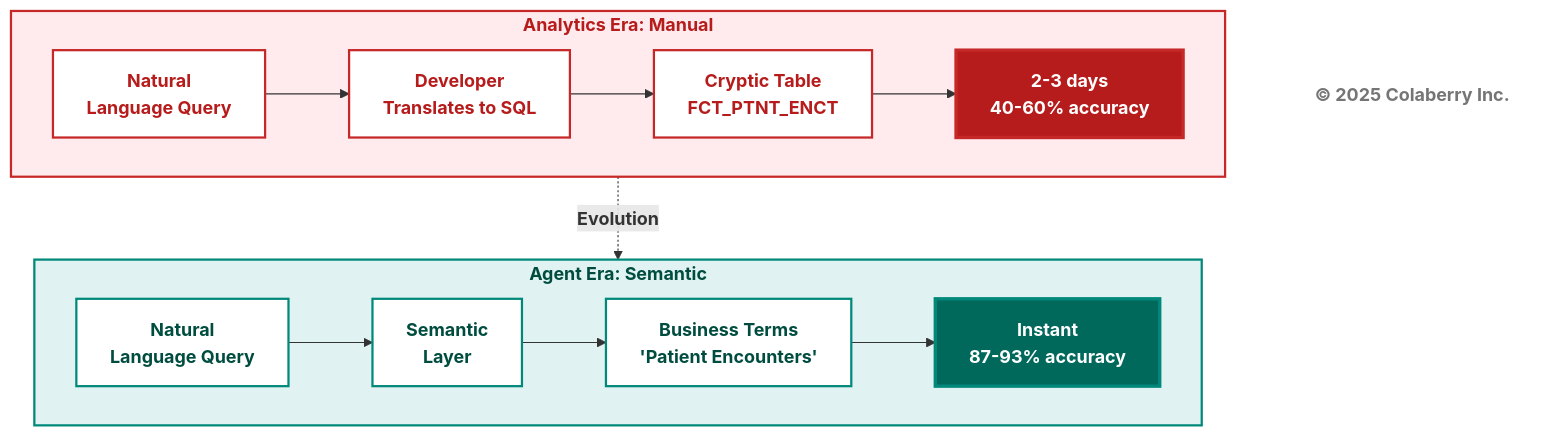
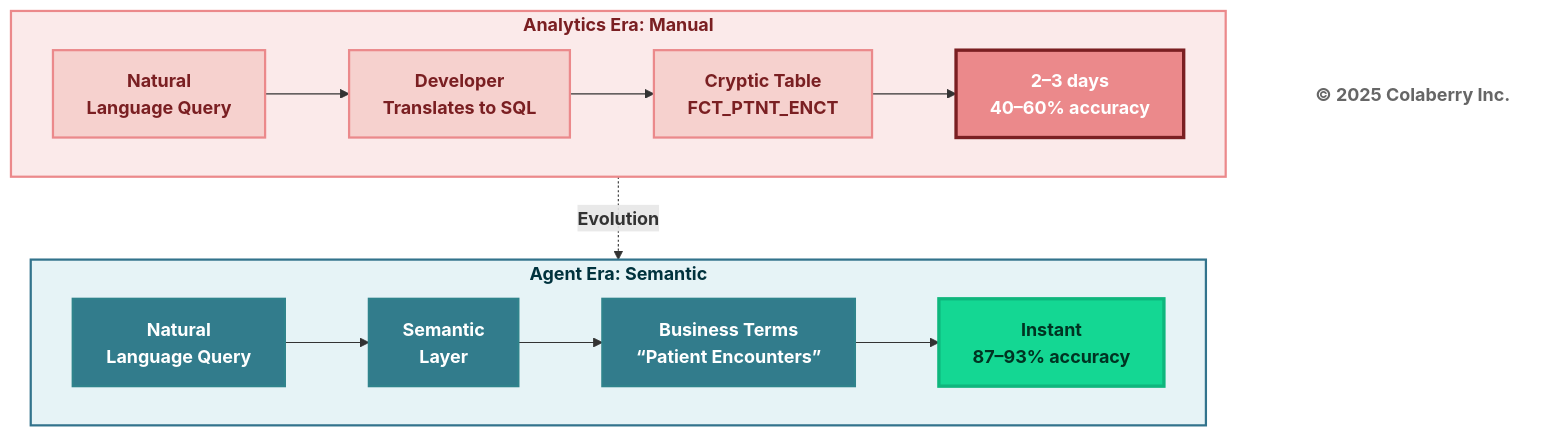
Before and after one commit to saitejesh-cyber/trust-before-intelligence-book: the eighth of 12 diagrams in manuscript/03_chapter_2_inpact_framework.md, drawn with Mermaid. The commit also changed other lines of this file, not shown here.

Commit message:
Update mermaid diagrams as per new coloberry color and contrast ratio for chapter 3

````diff
--- a/manuscript/03_chapter_2_inpact_framework.md
+++ b/manuscript/03_chapter_2_inpact_framework.md
@@ -559,35 +560,35 @@
 ```mermaid
 graph TB
     subgraph ERA1["<b>Analytics Era: Manual</b>"]
         direction LR
         A1["<b>Natural<br/>Language Query</b>"] --> B1["<b>Developer<br/>Translates to SQL</b>"]
         B1 --> C1["<b>Cryptic Table<br/>FCT_PTNT_ENCT</b>"]
-        C1 --> D1["<b>2-3 days<br/>40-60% accuracy</b>"]
+        C1 --> D1["<b>2–3 days<br/>40–60% accuracy</b>"]
         
-        style D1 fill:#b71c1c,color:#ffffff,stroke:#c62828,stroke-width:3px
+        style D1 fill:#EB898B,color:#ffffff,stroke:#7A1F22,stroke-width:3px
     end
     
     ERA1 -.->|<b>Evolution</b>| ERA2
     
     subgraph ERA2["<b>Agent Era: Semantic</b>"]
         direction LR
         A2["<b>Natural<br/>Language Query</b>"] --> B2["<b>Semantic<br/>Layer</b>"]
-        B2 --> C2["<b>Business Terms<br/>'Patient Encounters'</b>"]
-        C2 --> D2["<b>Instant<br/>87-93% accuracy</b>"]
+        B2 --> C2["<b>Business Terms<br/>“Patient Encounters”</b>"]
+        C2 --> D2["<b>Instant<br/>87–93% accuracy</b>"]
         
-        style D2 fill:#00695c,color:#ffffff,stroke:#00897b,stroke-width:3px
+        style D2 fill:#14D793,color:#003322,stroke:#0FB67D,stroke-width:3px
     end
     
-    style ERA1 fill:#ffebee,stroke:#c62828,stroke-width:2px,color:#b71c1c
-    style A1 fill:#ffffff,stroke:#c62828,stroke-width:2px,color:#b71c1c
-    style B1 fill:#ffffff,stroke:#c62828,stroke-width:2px,color:#b71c1c
-    style C1 fill:#ffffff,stroke:#c62828,stroke-width:2px,color:#b71c1c
-    
-    style ERA2 fill:#e0f2f1,stroke:#00897b,stroke-width:2px,color:#004d40
-    style A2 fill:#ffffff,stroke:#00897b,stroke-width:2px,color:#004d40
-    style B2 fill:#ffffff,stroke:#00897b,stroke-width:2px,color:#004d40
-    style C2 fill:#ffffff,stroke:#00897b,stroke-width:2px,color:#004d40
-    
+    style ERA1 fill:#FBEAEA,stroke:#EB898B,stroke-width:2px,color:#7A1F22
+    style A1 fill:#F6D1CE,stroke:#EB898B,stroke-width:2px,color:#7A1F22
+    style B1 fill:#F6D1CE,stroke:#EB898B,stroke-width:2px,color:#7A1F22
+    style C1 fill:#F6D1CE,stroke:#EB898B,stroke-width:2px,color:#7A1F22
+
+    style ERA2 fill:#E6F3F6,stroke:#32738C,stroke-width:2px,color:#00323D
+    style A2 fill:#327C8C,stroke:#30838C,stroke-width:2px,color:#ffffff
+    style B2 fill:#327C8C,stroke:#30838C,stroke-width:2px,color:#ffffff
+    style C2 fill:#327C8C,stroke:#30838C,stroke-width:2px,color:#ffffff
+
     Copyright["<b>© 2025 Colaberry Inc.</b>"]
-    style Copyright fill:#ffffff,stroke:none,color:#757575
+    style Copyright fill:#ffffff,stroke:none,color:#666666
 ```
````
